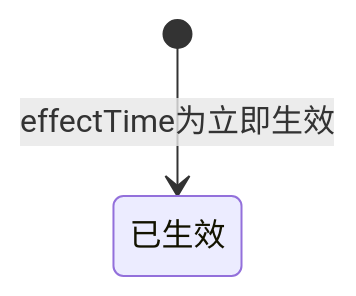
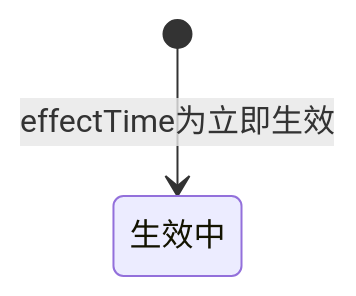
One commit to cflyindance/setcenter changed the second of 4 diagrams in 屏保状态与操作说明.md. Above: the diagram before and after it, drawn with Mermaid. The commit also changed other lines of this file and 10 other files, not shown here.

````diff
--- a/屏保状态与操作说明.md
+++ b/屏保状态与操作说明.md
@@ -219,4 +207,4 @@
 ```mermaid
 stateDiagram-v2
-  [*] --> 已生效: effectTime为立即生效
+  [*] --> 生效中: effectTime为立即生效
 ```
````
